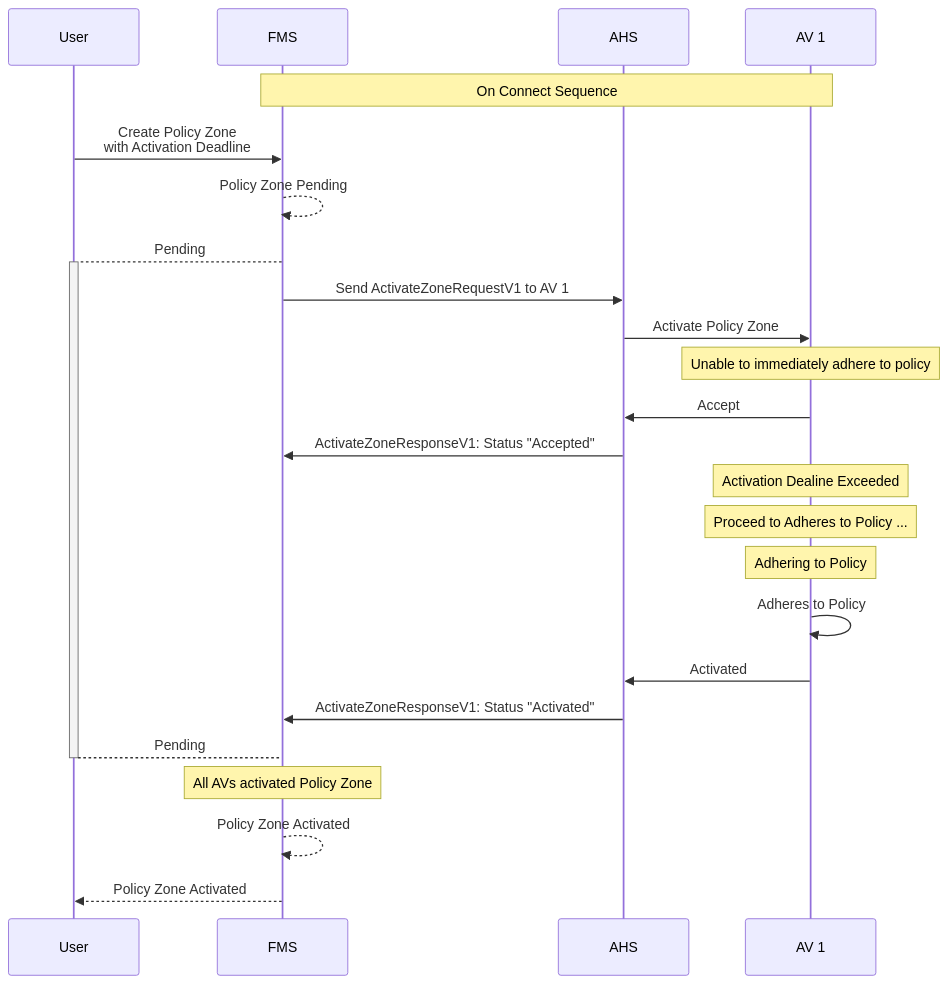
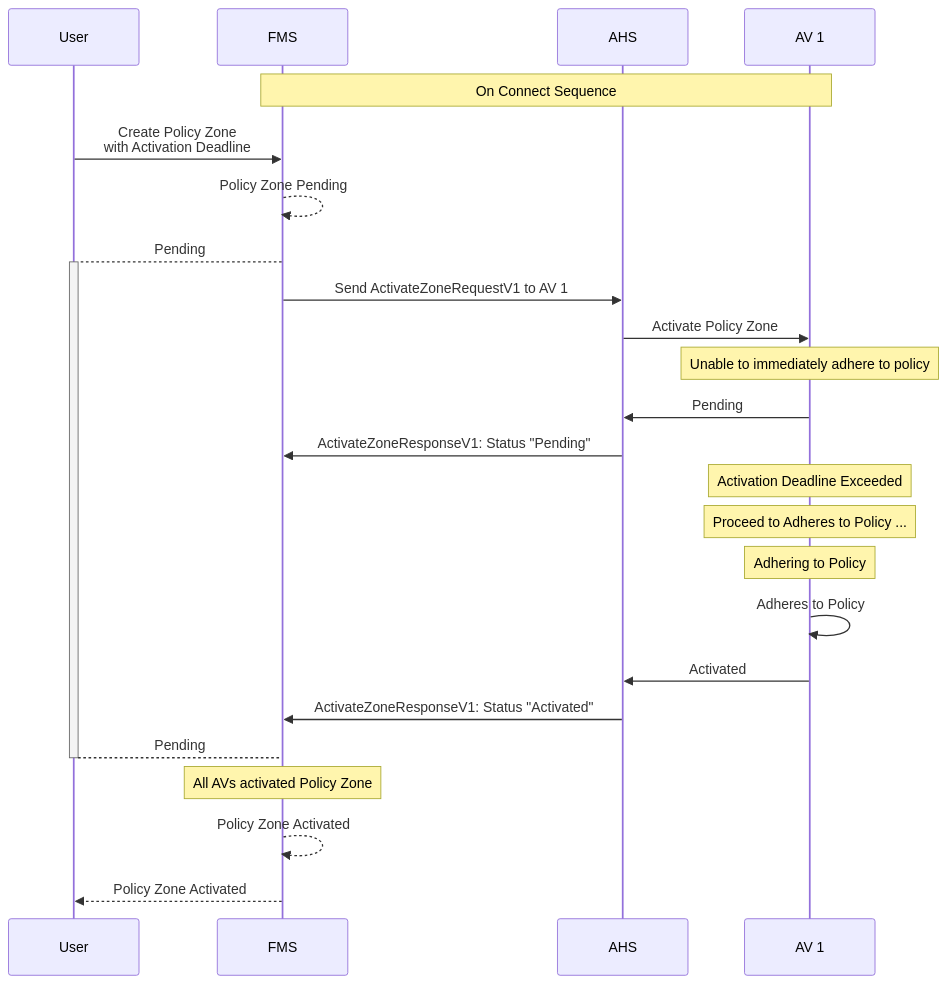
One commit to open-autonomy/zone changed the second of 3 diagrams in diagram/PolicyZoneActivation.md. Above: the diagram before and after it, drawn with Mermaid. The commit also changed other lines of this file and 10 other files, not shown here.

````diff
--- a/diagram/PolicyZoneActivation.md
+++ b/diagram/PolicyZoneActivation.md
@@ -58,30 +58,30 @@
 ```mermaid
 sequenceDiagram
     participant User
     participant FMS
     participant AHS
     participant AV 1
 
     Note over FMS,AV 1: On Connect Sequence
     User->>FMS: Create Policy Zone <br/> with Activation Deadline
     FMS-->>FMS: Policy Zone Pending
     FMS-->+User: Pending
     FMS->>AHS: Send ActivateZoneRequestV1 to AV 1
     AHS->>AV 1: Activate Policy Zone
 
     Note Over AV 1: Unable to immediately adhere to policy
-    AV 1->>AHS: Accept
-    AHS->>FMS: ActivateZoneResponseV1: Status "Accepted"
+    AV 1->>AHS: Pending
+    AHS->>FMS: ActivateZoneResponseV1: Status "Pending"
 
-    Note Over AV 1: Activation Dealine Exceeded
+    Note Over AV 1: Activation Deadline Exceeded
     Note Over AV 1: Proceed to Adheres to Policy ...
     Note Over AV 1: Adhering to Policy
     AV 1->>AV 1: Adheres to Policy
     AV 1->>AHS: Activated
 
     AHS->>FMS: ActivateZoneResponseV1: Status "Activated"
     User-->-FMS: Pending
     Note Over FMS: All AVs activated Policy Zone
     FMS-->>FMS: Policy Zone Activated
     FMS-->>User: Policy Zone Activated
 ```
````
